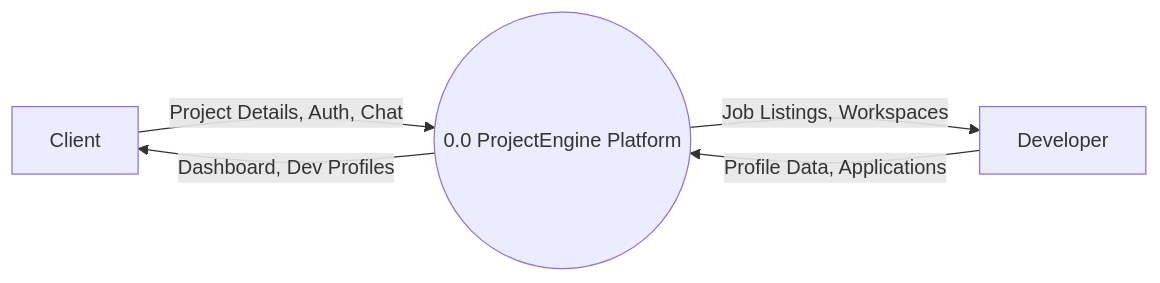
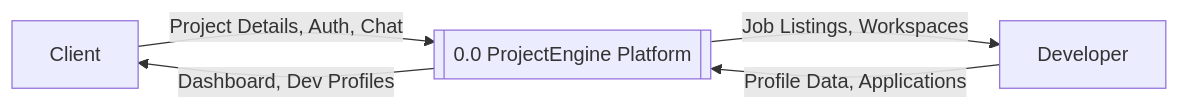
Before and after one commit to qhmed67/ReadmeTest: the second of 5 diagrams in README.md, drawn with Mermaid. The commit also changed other lines of this file, not shown here.

````diff
--- a/README.md
+++ b/README.md
@@ -99,12 +99,12 @@
 ```mermaid
 flowchart LR
     Client[Client]
     Dev[Developer]
-    Sys((0.0 ProjectEngine Platform))
+    Sys[[0.0 ProjectEngine Platform]]
 
     Client -- "Project Details, Auth, Chat" --> Sys
     Sys -- "Dashboard, Dev Profiles" --> Client
 
     Dev -- "Profile Data, Applications" --> Sys
     Sys -- "Job Listings, Workspaces" --> Dev
 ```
````
